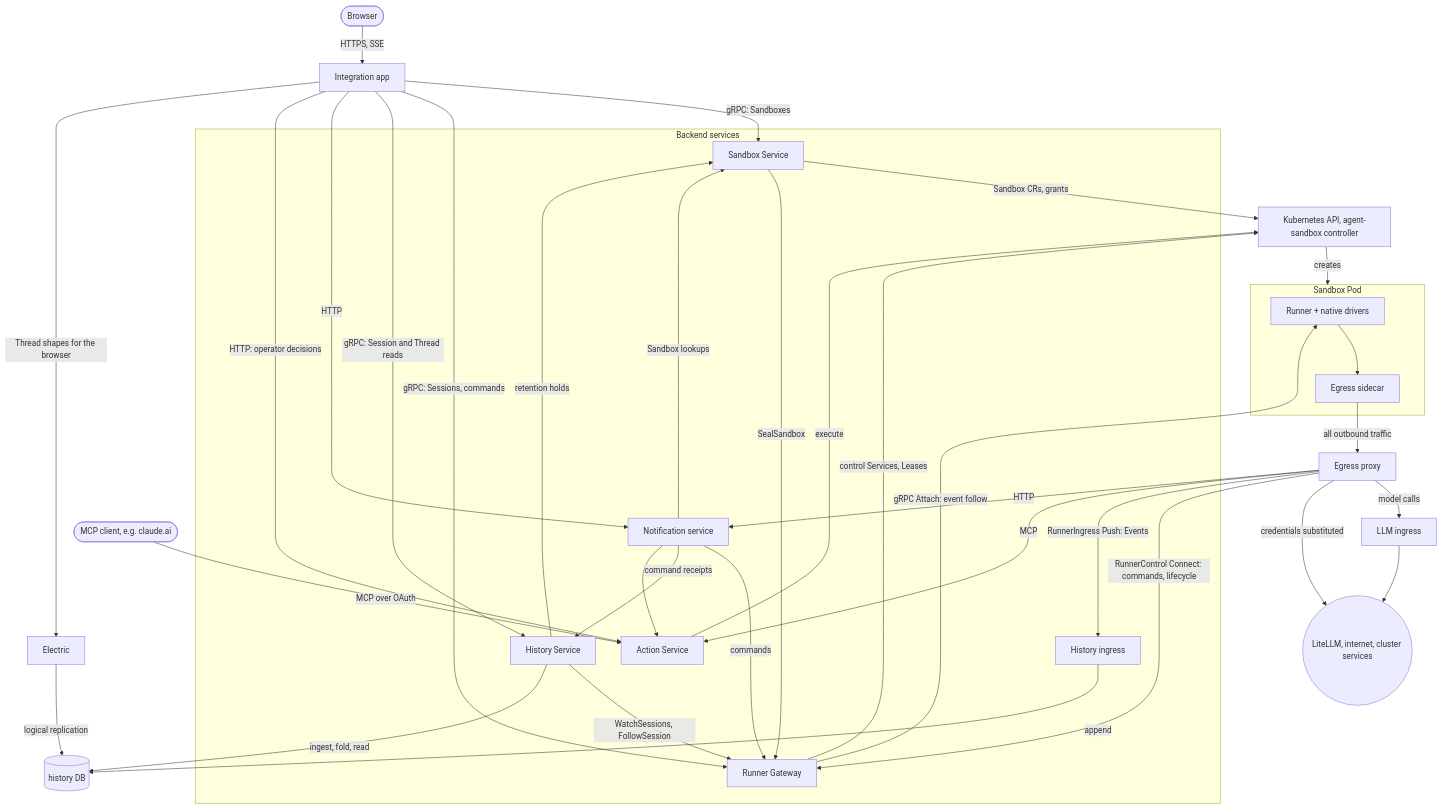
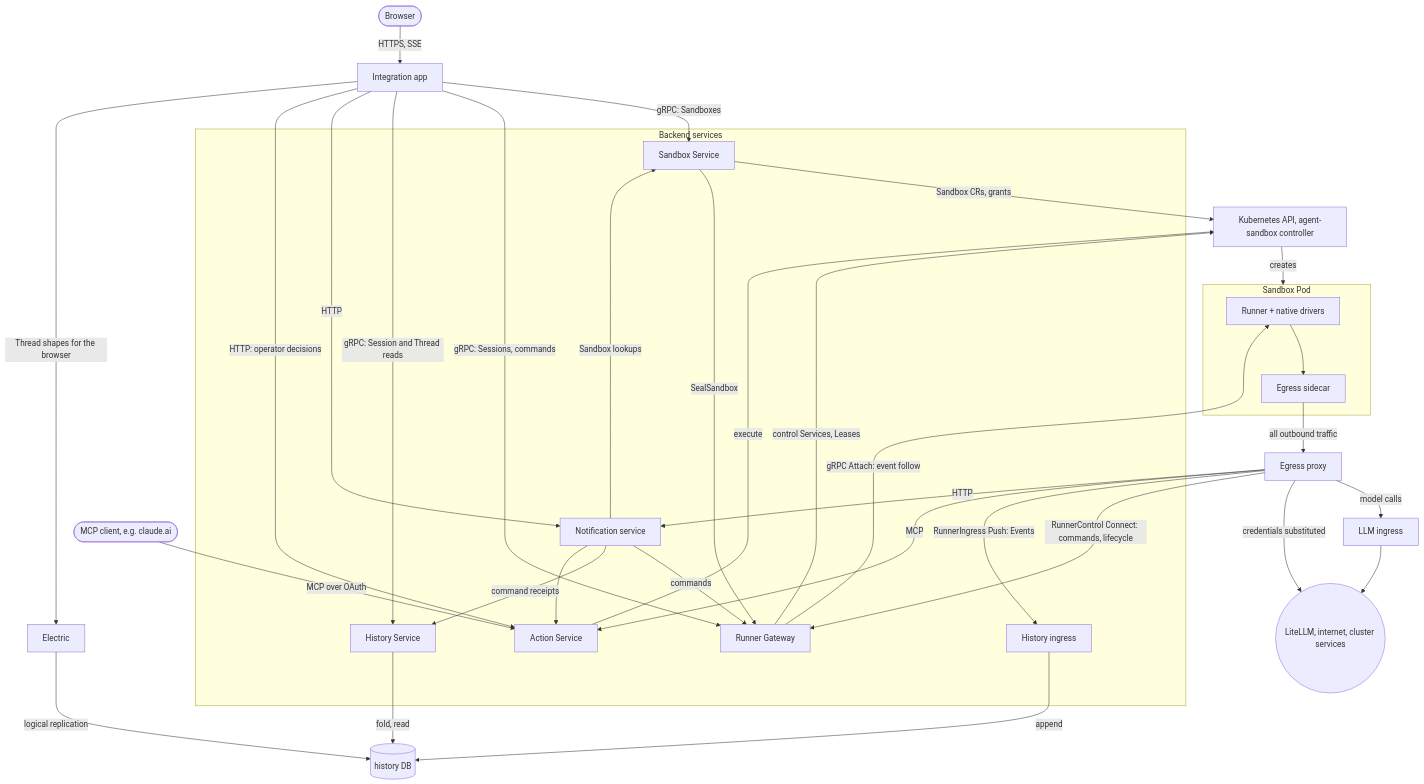
One commit to agentydragon/ducktape changed the diagram in agentplane/README.md. Above: the diagram before and after it, drawn with Mermaid. The commit also changed other lines of this file and 26 other files, not shown here.

````diff
--- a/agentplane/README.md
+++ b/agentplane/README.md
@@ -30,57 +30,55 @@
 ```mermaid
 flowchart TB
     browser([Browser])
     mcp_client([MCP client, e.g. claude.ai])
     app[Integration app]
     subgraph services[Backend services]
         ss[Sandbox Service]
         gw[Runner Gateway]
         hs[History Service]
         hi[History ingress]
         notif[Notification service]
         actions[Action Service]
     end
     subgraph sandbox[Sandbox Pod]
         runner[Runner + native drivers]
         sidecar[Egress sidecar]
     end
     proxy[Egress proxy]
     llm[LLM ingress]
     k8s[Kubernetes API, agent-sandbox controller]
     electric[Electric]
     hist_db[(history DB)]
     outside((LiteLLM, internet, cluster services))
 
     browser -->|HTTPS, SSE| app
     mcp_client -->|MCP over OAuth| actions
     app -->|gRPC: Sandboxes| ss
     app -->|gRPC: Sessions, commands| gw
     app -->|gRPC: Session and Thread reads| hs
     app -->|HTTP| notif
     app -->|HTTP: operator decisions| actions
     app -->|Thread shapes for the browser| electric
     electric -->|logical replication| hist_db
 
     ss -->|Sandbox CRs, grants| k8s
     ss -->|SealSandbox| gw
     k8s -->|creates| sandbox
     gw -->|control Services, Leases| k8s
     gw -->|gRPC Attach: event follow| runner
-    hs -->|WatchSessions, FollowSession| gw
-    hs -->|retention holds| ss
-    hs -->|ingest, fold, read| hist_db
+    hs -->|fold, read| hist_db
     hi -->|append| hist_db
     notif -->|Sandbox lookups| ss
     notif -->|commands| gw
     notif -->|command receipts| hs
     notif --> actions
     actions -->|execute| k8s
 
     runner --> sidecar -->|all outbound traffic| proxy
     proxy -->|RunnerControl Connect: commands, lifecycle| gw
     proxy -->|RunnerIngress Push: Events| hi
     proxy -->|MCP| actions
     proxy -->|HTTP| notif
     proxy -->|model calls| llm --> outside
     proxy -->|credentials substituted| outside
 ```
````
